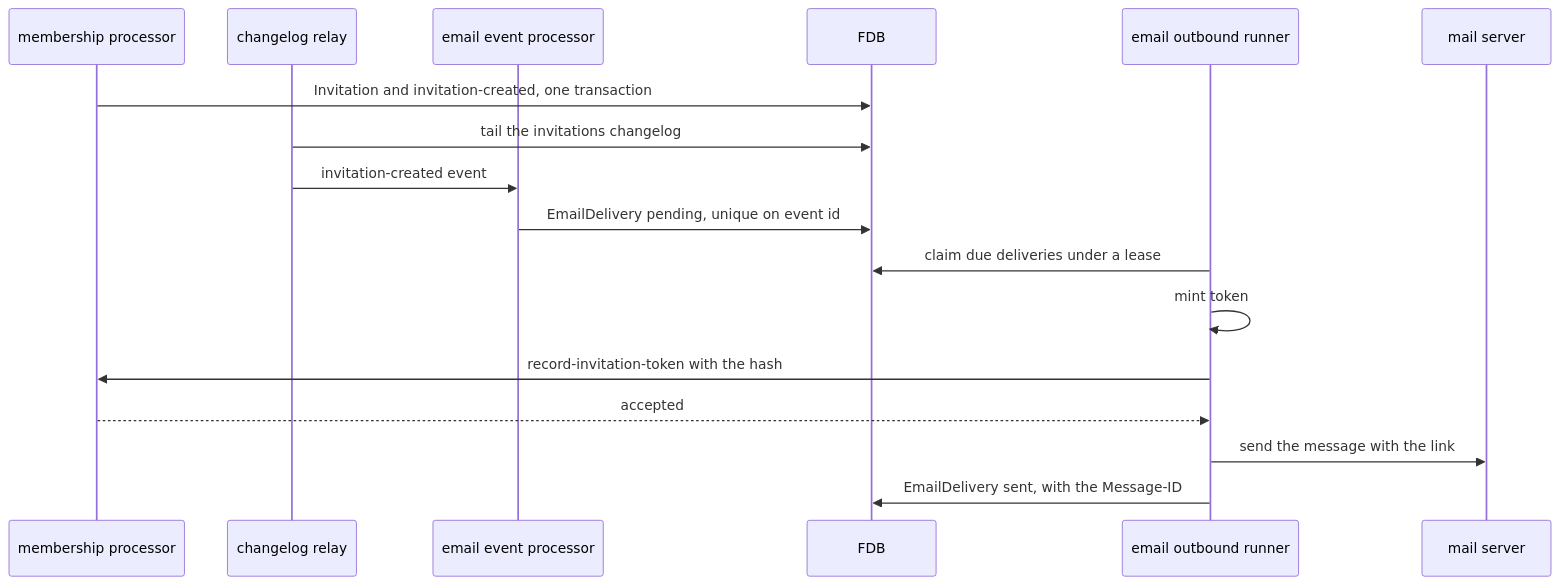
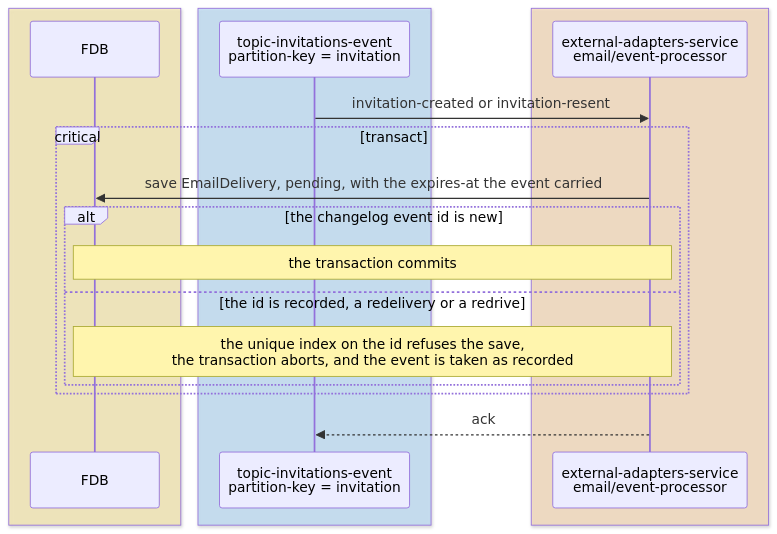
The second of 3 diagrams in docs/tdd/outbound-email.md (repldriven/queenswood), drawn with Mermaid before and after one commit. The commit also changed other lines of this file and 39 other files, not shown here.

First line of the commit message:
Configure a command's reply timeout, create a bank's client after its commit, and redraw the TDDs' sequence diagrams (#832)

````diff
--- a/docs/tdd/outbound-email.md
+++ b/docs/tdd/outbound-email.md
@@ -71,20 +110,22 @@
 ```mermaid
 sequenceDiagram
-    participant M as membership processor
-    participant R as changelog relay
-    participant P as email event processor
-    participant S as FDB
-    participant O as email outbound runner
-    participant X as mail server
-
-    M->>S: Invitation and invitation-created, one transaction
-    R->>S: tail the invitations changelog
-    R->>P: invitation-created event
-    P->>S: EmailDelivery pending, unique on event id
-    O->>S: claim due deliveries under a lease
-    O->>O: mint token
-    O->>M: record-invitation-token with the hash
-    M-->>O: accepted
-    O->>X: send the message with the link
-    O->>S: EmailDelivery sent, with the Message-ID
+    box rgba(255, 236, 153, 0.5)
+    participant DB as FDB
+    end
+    box rgba(165, 216, 255, 0.45)
+    participant IE as topic-invitations-event<br/>partition-key = invitation
+    end
+    box rgba(255, 216, 168, 0.5)
+    participant EP as external-adapters-service<br/>email/event-processor
+    end
+    IE->>EP: invitation-created or invitation-resent
+    critical transact
+    EP->>DB: save EmailDelivery, pending, with the expires-at the event carried
+    alt the changelog event id is new
+    Note over EP,DB: the transaction commits
+    else the id is recorded, a redelivery or a redrive
+    Note over EP,DB: the unique index on the id refuses the save,<br/>the transaction aborts, and the event is taken as recorded
+    end
+    end
+    EP-->>IE: ack
 ```
````
